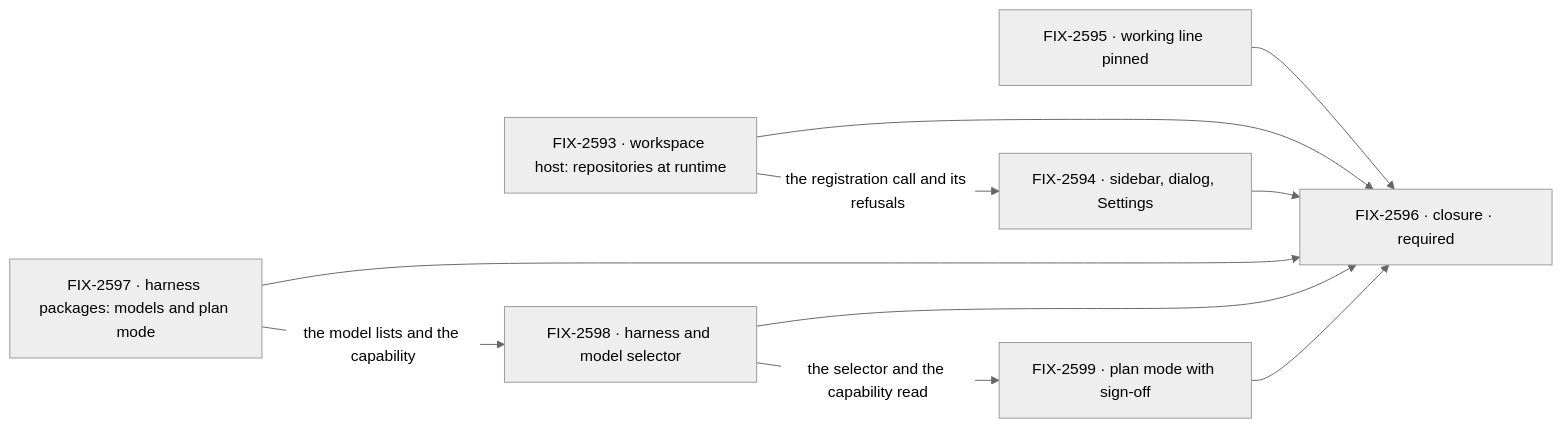
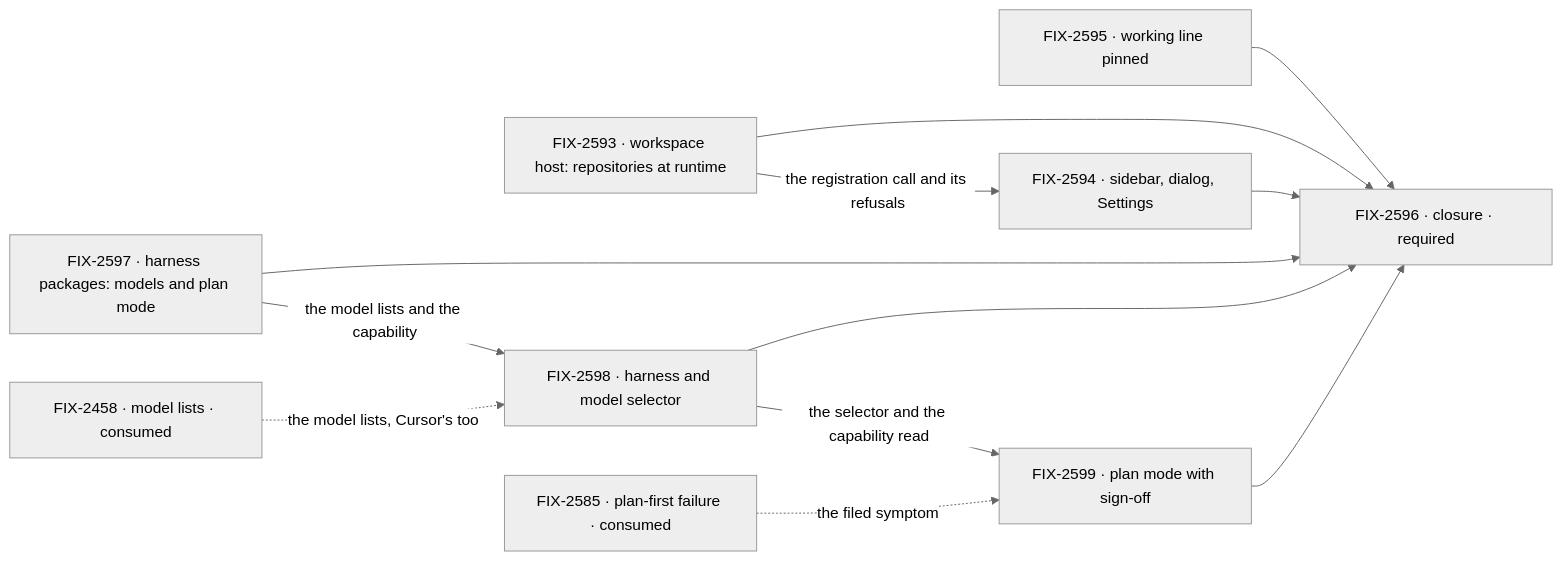
The second of 2 diagrams in specs/epics/FIX-2592/SPEC.md (fixpoint-labs/flow-state-dev), drawn with Mermaid (neutral theme) before and after one commit. The commit also changed other lines of this file and 6 other files, not shown here.

````diff
--- a/specs/epics/FIX-2592/SPEC.md
+++ b/specs/epics/FIX-2592/SPEC.md
@@ -92,12 +92,14 @@
 ```mermaid
 flowchart LR
   A["FIX-2593 · workspace host: repositories at runtime"] -->|"the registration call and its refusals"| B["FIX-2594 · sidebar, dialog, Settings"]
   P["FIX-2597 · harness packages: models and plan mode"] -->|"the model lists and the capability"| D["FIX-2598 · harness and model selector"]
   D -->|"the selector and the capability read"| E["FIX-2599 · plan mode with sign-off"]
+  M["FIX-2458 · model lists · consumed"] -.->|"the model lists, Cursor's too"| D
+  R["FIX-2585 · plan-first failure · consumed"] -.->|"the filed symptom"| E
   C["FIX-2595 · working line pinned"] --> Z["FIX-2596 · closure · required"]
   A --> Z
   B --> Z
   P --> Z
   D --> Z
   E --> Z
 ```
````
